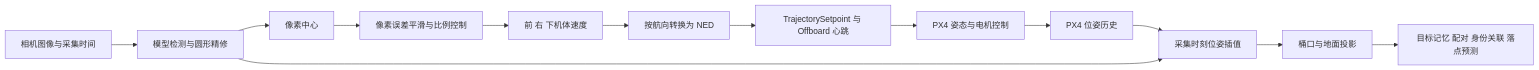
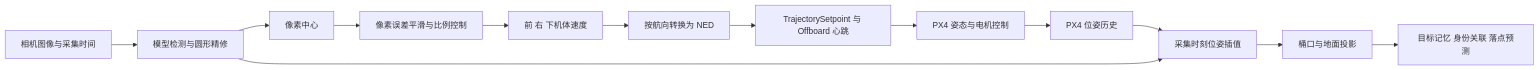
One commit to 6-Ryder/CUADC_drone_missions_ws changed the second of 2 diagrams in docs/Tactics/QUICK_BUCKET_CURRENT_FLOW.md. Above: the diagram before and after it, drawn with Mermaid. The commit also changed other lines of this file and 10 other files, not shown here.

````diff
--- a/docs/Tactics/QUICK_BUCKET_CURRENT_FLOW.md
+++ b/docs/Tactics/QUICK_BUCKET_CURRENT_FLOW.md
@@ -62,15 +62,15 @@
 ```mermaid
 flowchart LR
     A[相机图像与采集时间] --> B[模型检测与圆形精修]
     P[PX4 位姿历史] --> C[采集时刻位姿插值]
     B --> D[像素中心]
     B --> C
     C --> E[桶口与地面投影]
-    E --> F[目标记忆 配对 身份关联 落点预测]
+    E --> F[目标记忆 身份关联 落点预测]
     D --> G[像素误差平滑与比例控制]
     G --> H[前 右 下机体速度]
     H --> I[按航向转换为 NED]
     I --> J[TrajectorySetpoint 与 Offboard 心跳]
     J --> K[PX4 姿态与电机控制]
     K --> P
 ```
````
